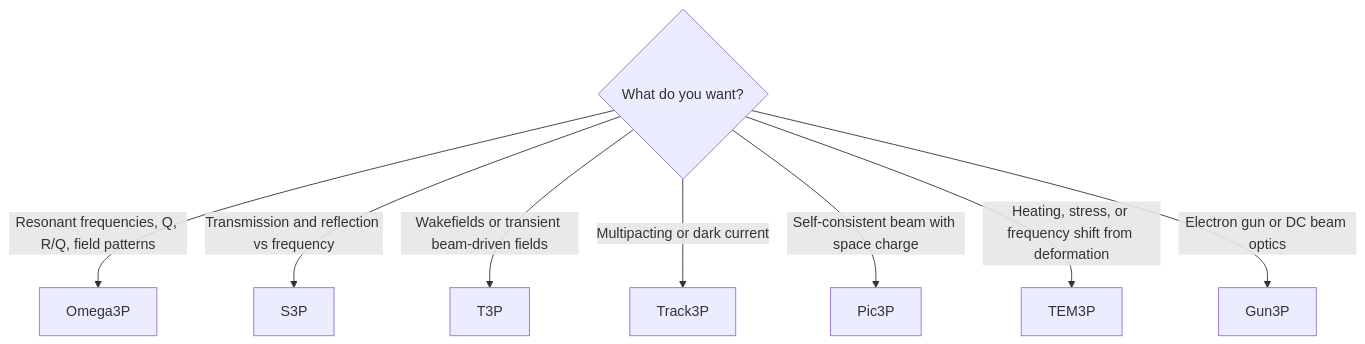
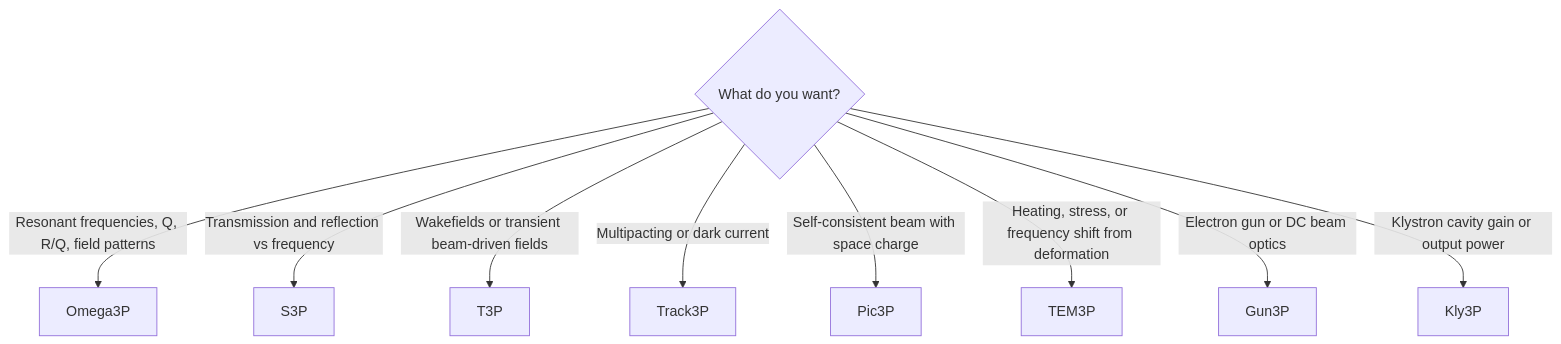
Before and after one commit to slaclab/ace3p-docs: the diagram in docs/modules/index.md, drawn with Mermaid. The commit also changed other lines of this file and 12 other files, not shown here.

````diff
--- a/docs/modules/index.md
+++ b/docs/modules/index.md
@@ -17,11 +18,12 @@
 ```mermaid
 flowchart TD
     Q1{What do you want?} 
     Q1 -->|Resonant frequencies, Q, R/Q, field patterns| O[Omega3P]
     Q1 -->|Transmission and reflection vs frequency| S[S3P]
     Q1 -->|Wakefields or transient beam-driven fields| T[T3P]
     Q1 -->|Multipacting or dark current| TR[Track3P]
     Q1 -->|Self-consistent beam with space charge| P[Pic3P]
     Q1 -->|Heating, stress, or frequency shift from deformation| TE[TEM3P]
     Q1 -->|Electron gun or DC beam optics| G[Gun3P]
+    Q1 -->|Klystron cavity gain or output power| K[Kly3P]
 ```
````
